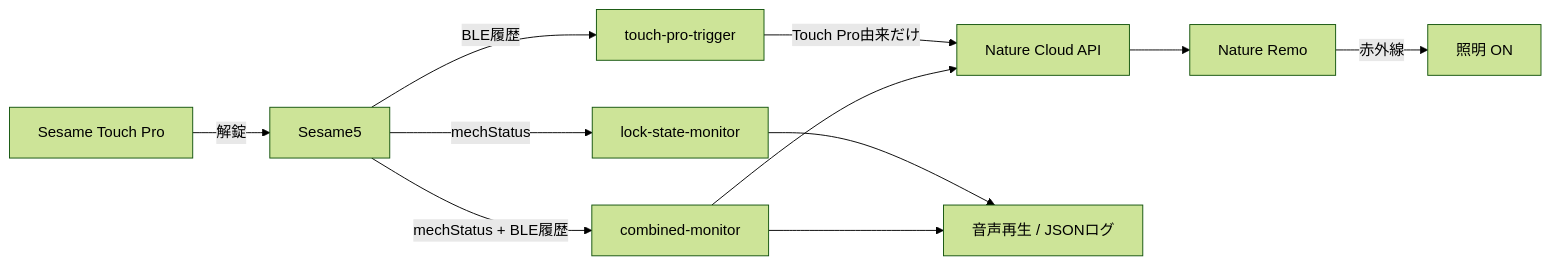
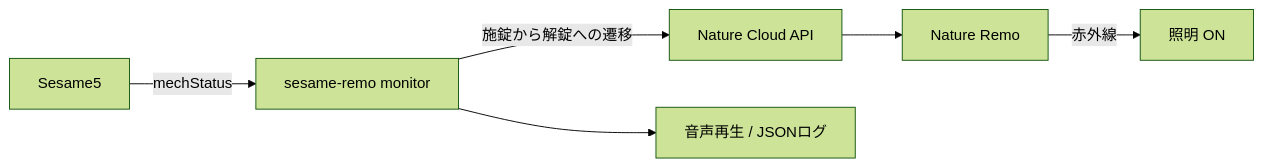
Before and after one commit to hiroto7/sesame-remo: the diagram in README.md, drawn with Mermaid (forest theme). The commit also changed other lines of this file and 22 other files, not shown here.

````diff
--- a/README.md
+++ b/README.md
@@ -7,13 +7,8 @@
 ```mermaid
 flowchart LR
-    TP["Sesame Touch Pro"] -->|"解錠"| S5["Sesame5"]
-    S5 -->|"BLE履歴"| TRIGGER["touch-pro-trigger"]
-    TRIGGER -->|"Touch Pro由来だけ"| API["Nature Cloud API"]
+    S5["Sesame5"] -->|"mechStatus"| APP["sesame-remo monitor"]
+    APP -->|"施錠から解錠への遷移"| API["Nature Cloud API"]
     API --> REMO["Nature Remo"]
     REMO -->|"赤外線"| LIGHT["照明 ON"]
-    S5 -->|"mechStatus"| MONITOR["lock-state-monitor"]
-    MONITOR --> SOUND["音声再生 / JSONログ"]
-    S5 -->|"mechStatus + BLE履歴"| COMBINED["combined-monitor"]
-    COMBINED --> SOUND
-    COMBINED --> API
+    APP --> SOUND["音声再生 / JSONログ"]
 ```
````
